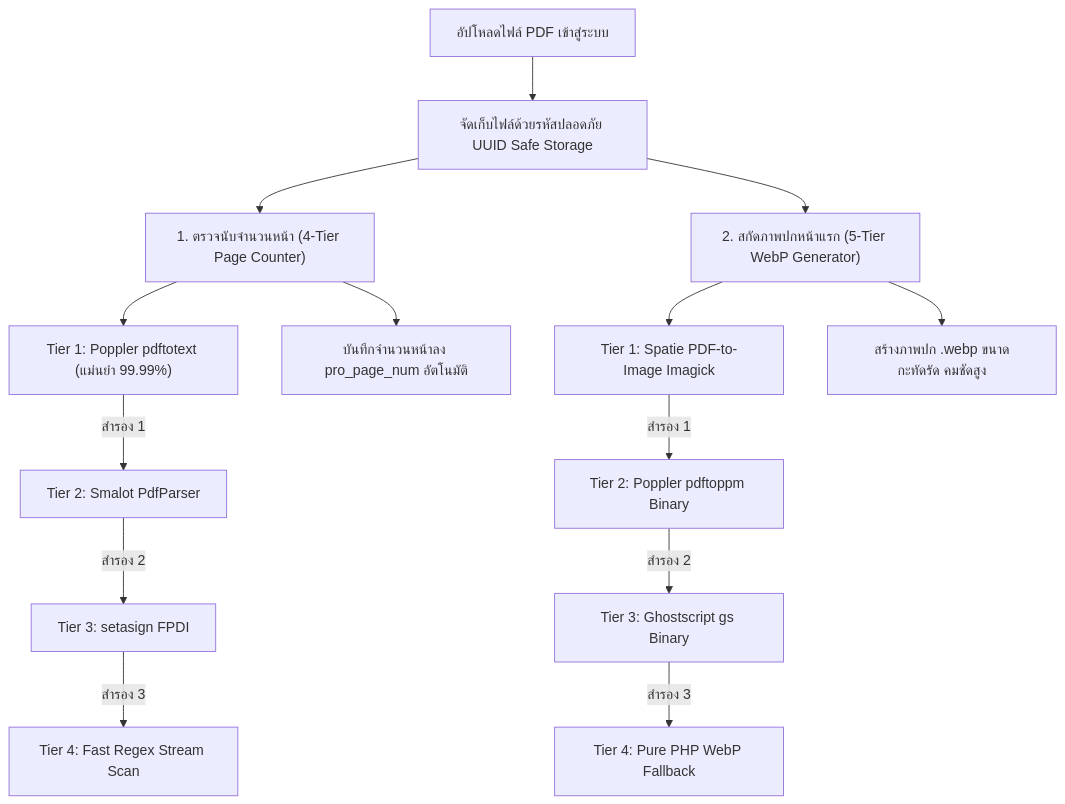
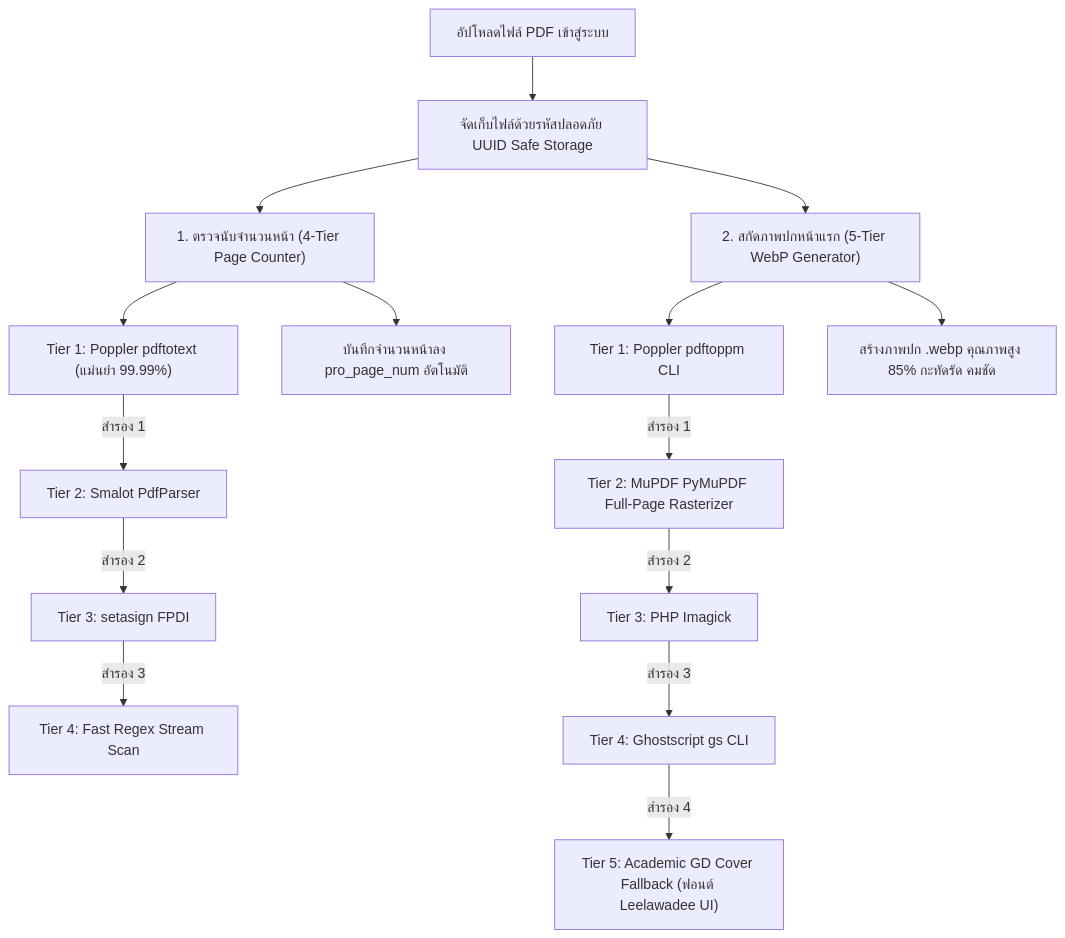
The fourth of 6 diagrams in docs/manuals/VOLUME_2_BACKEND_ADMIN_RESEARCHER_MANUAL.md (omaga03/RDBLaravel), drawn with Mermaid before and after one commit. The commit also changed other lines of this file and 14 other files, not shown here.

````diff
--- a/docs/manuals/VOLUME_2_BACKEND_ADMIN_RESEARCHER_MANUAL.md
+++ b/docs/manuals/VOLUME_2_BACKEND_ADMIN_RESEARCHER_MANUAL.md
@@ -296,18 +303,19 @@
 ```mermaid
 flowchart TD
     PDF["อัปโหลดไฟล์ PDF เข้าสู่ระบบ"] --> Storage["จัดเก็บไฟล์ด้วยรหัสปลอดภัย UUID Safe Storage"]
     Storage --> Counter["1. ตรวจนับจำนวนหน้า (4-Tier Page Counter)"]
     Storage --> Cover["2. สกัดภาพปกหน้าแรก (5-Tier WebP Generator)"]
 
     Counter --> T1["Tier 1: Poppler pdftotext (แม่นยำ 99.99%)"]
     T1 -->|สำรอง 1| T2["Tier 2: Smalot PdfParser"]
     T2 -->|สำรอง 2| T3["Tier 3: setasign FPDI"]
     T3 -->|สำรอง 3| T4["Tier 4: Fast Regex Stream Scan"]
     Counter --> SavePage["บันทึกจำนวนหน้าลง pro_page_num อัตโนมัติ"]
 
-    Cover --> C1["Tier 1: Spatie PDF-to-Image Imagick"]
-    C1 -->|สำรอง 1| C2["Tier 2: Poppler pdftoppm Binary"]
-    C2 -->|สำรอง 2| C3["Tier 3: Ghostscript gs Binary"]
-    C3 -->|สำรอง 3| C4["Tier 4: Pure PHP WebP Fallback"]
-    Cover --> SaveCover["สร้างภาพปก .webp ขนาดกะทัดรัด คมชัดสูง"]
+    Cover --> C1["Tier 1: Poppler pdftoppm CLI"]
+    C1 -->|สำรอง 1| C2["Tier 2: MuPDF PyMuPDF Full-Page Rasterizer"]
+    C2 -->|สำรอง 2| C3["Tier 3: PHP Imagick"]
+    C3 -->|สำรอง 3| C4["Tier 4: Ghostscript gs CLI"]
+    C4 -->|สำรอง 4| C5["Tier 5: Academic GD Cover Fallback (ฟอนต์ Leelawadee UI)"]
+    Cover --> SaveCover["สร้างภาพปก .webp คุณภาพสูง 85% กะทัดรัด คมชัด"]
 ```
````
